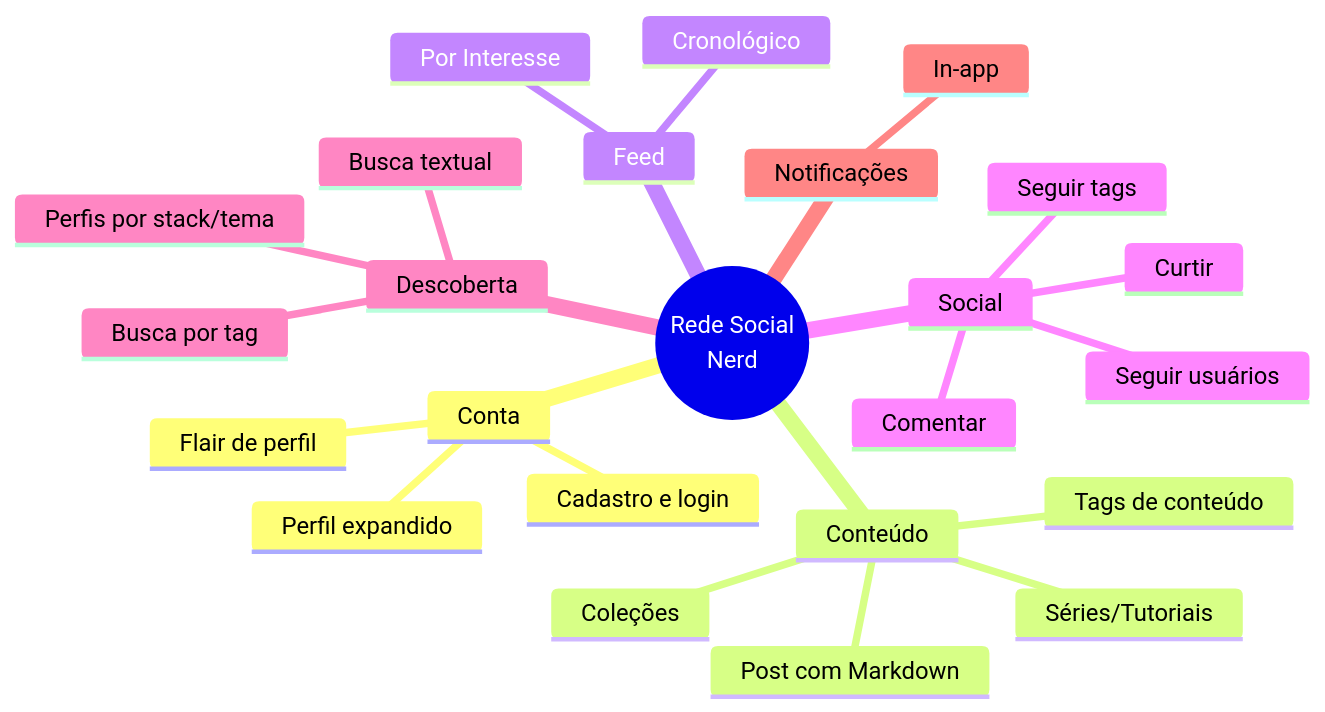
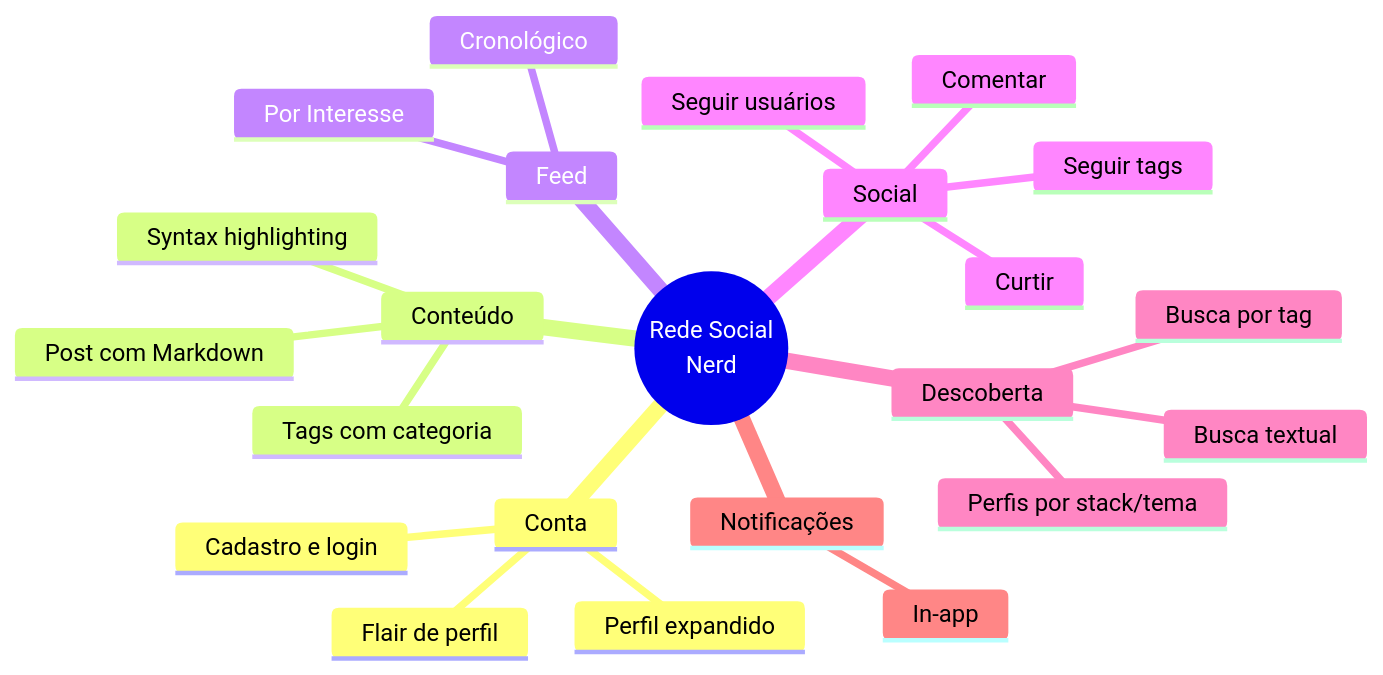
One commit to Agora-s-Space/Social.Agora changed the third of 3 diagrams in Agora.Docs/VAULT/Plano - Rede Social de Nicho.md. Above: the diagram before and after it, drawn with Mermaid. The commit also changed other lines of this file and 28 other files, not shown here.

````diff
--- a/Agora.Docs/VAULT/Plano - Rede Social de Nicho.md
+++ b/Agora.Docs/VAULT/Plano - Rede Social de Nicho.md
@@ -223,27 +242,26 @@
 ```mermaid
 mindmap
   root((Rede Social<br/>Nerd))
     Conta
       Cadastro e login
       Perfil expandido
       Flair de perfil
     Conteúdo
       Post com Markdown
-      Tags de conteúdo
-      Séries/Tutoriais
-      Coleções
+      Syntax highlighting
+      Tags com categoria
     Feed
       Cronológico
       Por Interesse
     Social
       Seguir usuários
       Seguir tags
       Curtir
       Comentar
     Descoberta
       Busca por tag
       Busca textual
       Perfis por stack/tema
     Notificações
       In-app
 ```
````
